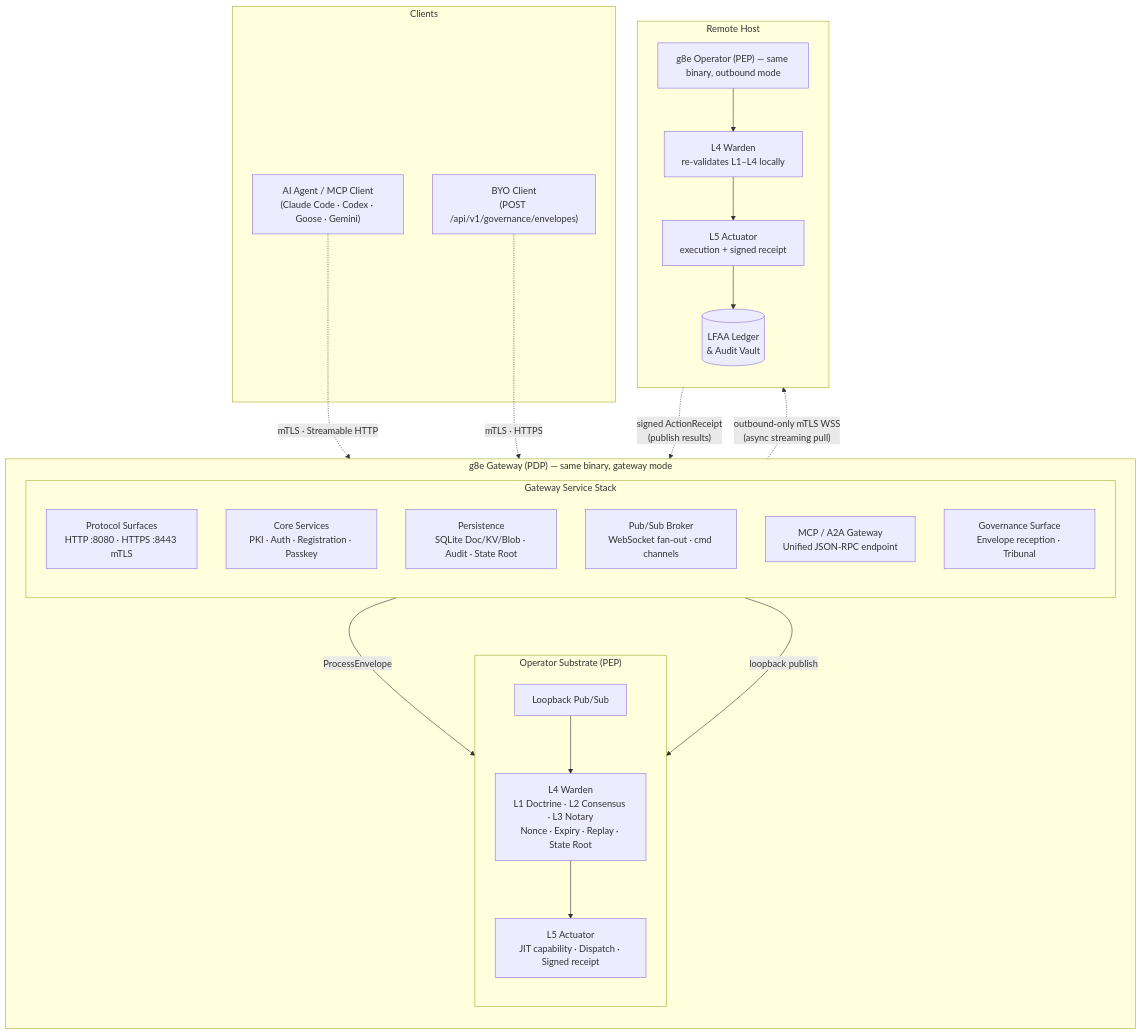
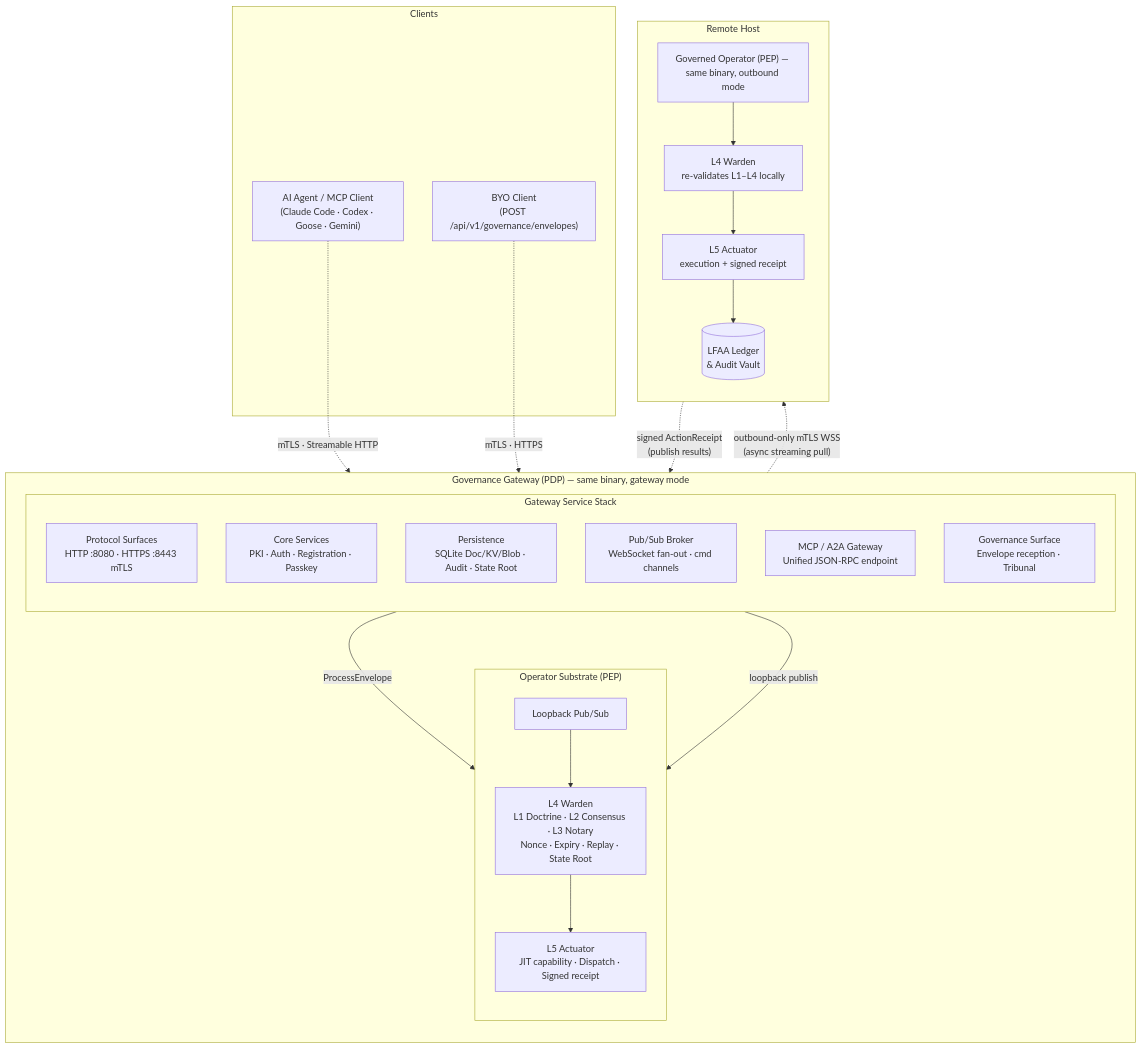
The diagram in docs/diagrams/graph-system-50k.md (g8e-ai/g8e), drawn with Mermaid before and after one commit. The commit also changed other lines of this file and 7 other files, not shown here.

````diff
--- a/docs/diagrams/graph-system-50k.md
+++ b/docs/diagrams/graph-system-50k.md
@@ -10,47 +10,47 @@
 ```mermaid
 graph TD
-    subgraph GatewayProcess ["g8e Gateway (PDP) — same binary, gateway mode"]
+    subgraph GatewayProcess ["Governance Gateway (PDP) — same binary, gateway mode"]
         direction TB
 
         subgraph GWStack ["Gateway Service Stack"]
             direction TB
             Surfaces["Protocol Surfaces<br/>HTTP :8080 · HTTPS :8443 mTLS"]
             Services["Core Services<br/>PKI · Auth · Registration · Passkey"]
             Persistence["Persistence<br/>SQLite Doc/KV/Blob · Audit · State Root"]
             Broker["Pub/Sub Broker<br/>WebSocket fan-out · cmd channels"]
             MCP["MCP / A2A Gateway<br/>Unified JSON-RPC endpoint"]
             Gov["Governance Surface<br/>Envelope reception · Tribunal"]
         end
 
         subgraph OpSubstrate ["Operator Substrate (PEP)"]
             direction TB
             Loopback["Loopback Pub/Sub"]
             L4["L4 Warden<br/>L1 Doctrine · L2 Consensus · L3 Notary<br/>Nonce · Expiry · Replay · State Root"]
             L5["L5 Actuator<br/>JIT capability · Dispatch · Signed receipt"]
             Loopback --> L4 --> L5
         end
 
         Gov -- "ProcessEnvelope" --> Loopback
         Broker -- "loopback publish" --> Loopback
     end
 
     subgraph RemoteHost ["Remote Host"]
         direction TB
-        RemoteOp["g8e Operator (PEP) — same binary, outbound mode"]
+        RemoteOp["Governed Operator (PEP) — same binary, outbound mode"]
         RemoteL4["L4 Warden<br/>re-validates L1–L4 locally"]
         RemoteL5["L5 Actuator<br/>execution + signed receipt"]
         RemoteLedger[("LFAA Ledger<br/>& Audit Vault")]
         RemoteOp --> RemoteL4 --> RemoteL5 --> RemoteLedger
     end
 
     subgraph Clients ["Clients"]
         Agent["AI Agent / MCP Client<br/>(Claude Code · Codex · Goose · Gemini)"]
         BYO["BYO Client<br/>(POST /api/v1/governance/envelopes)"]
     end
 
     Agent -. "mTLS · Streamable HTTP" .-> Surfaces
     BYO -. "mTLS · HTTPS" .-> Gov
 
     Broker -. "outbound-only mTLS WSS<br/>(async streaming pull)" .-> RemoteOp
     RemoteOp -. "signed ActionReceipt<br/>(publish results)" .-> Broker
 ```
````
